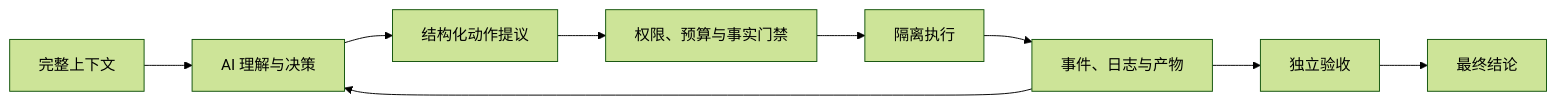
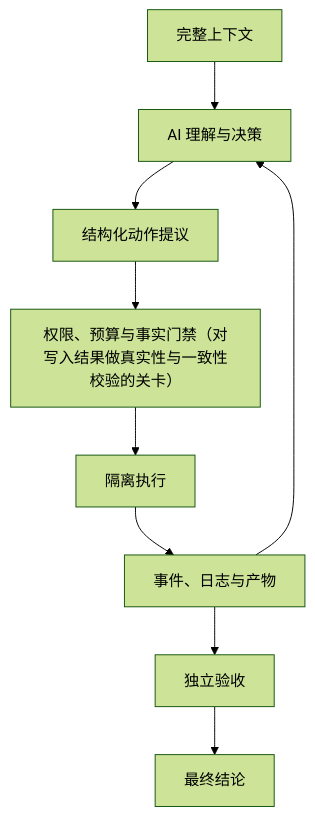
The first of 2 diagrams in vault/工程知识/AI 系统工程：从模型能力到生产能力/安全与治理/AI可以做语义决策，系统必须守住事实边界.md (hub138/technical-knowledge), drawn with Mermaid (forest theme) before and after one commit. The commit also changed other lines of this file and 622 other files, not shown here.

````diff
--- a/vault/工程知识/AI 系统工程：从模型能力到生产能力/安全与治理/AI可以做语义决策，系统必须守住事实边界.md
+++ b/vault/工程知识/AI 系统工程：从模型能力到生产能力/安全与治理/AI可以做语义决策，系统必须守住事实边界.md
@@ -30,11 +29,11 @@
 ```mermaid
-flowchart LR
+flowchart TB
     C[完整上下文] --> A[AI 理解与决策]
     A --> P[结构化动作提议]
-    P --> G[权限、预算与事实门禁]
+    P --> G[权限、预算与事实门禁（对写入结果做真实性与一致性校验的关卡）]
     G --> X[隔离执行]
     X --> E[事件、日志与产物]
     E --> A
     E --> V[独立验收]
     V --> R[最终结论]
 ```
````
